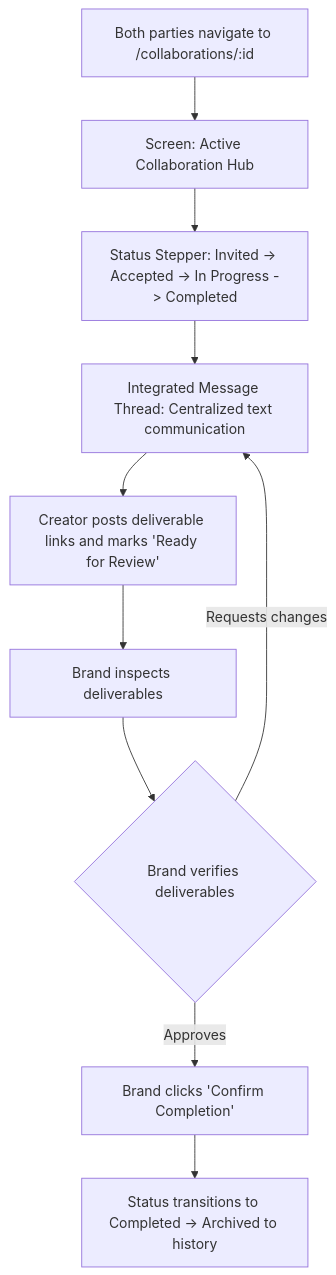
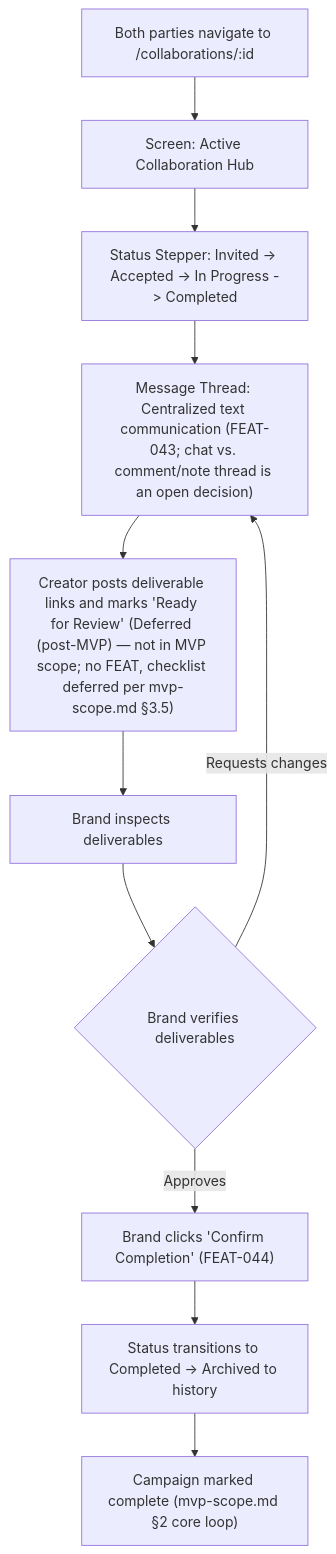
Before and after one commit to DEV-Nik06/collabtrust: the fourth of 4 diagrams in docs/05-design/ux-flows.md, drawn with Mermaid. The commit also changed other lines of this file and 48 other files, not shown here.

````diff
--- a/docs/05-design/ux-flows.md
+++ b/docs/05-design/ux-flows.md
@@ -107,12 +110,13 @@
 ```mermaid
 flowchart TD
     A["Both parties navigate to /collaborations/:id"] --> B["Screen: Active Collaboration Hub"]
     B --> C["Status Stepper: Invited -> Accepted -> In Progress -> Completed"]
-    C --> D["Integrated Message Thread: Centralized text communication"]
-    D --> E["Creator posts deliverable links and marks 'Ready for Review'"]
+    C --> D["Message Thread: Centralized text communication (FEAT-043; chat vs. comment/note thread is an open decision)"]
+    D --> E["Creator posts deliverable links and marks 'Ready for Review' (Deferred (post-MVP) — not in MVP scope; no FEAT, checklist deferred per mvp-scope.md §3.5)"]
     E --> F["Brand inspects deliverables"]
     F --> G{"Brand verifies deliverables"}
     G -->|Requests changes| D
-    G -->|Approves| H["Brand clicks 'Confirm Completion'"]
+    G -->|Approves| H["Brand clicks 'Confirm Completion' (FEAT-044)"]
     H --> I["Status transitions to Completed -> Archived to history"]
+    I --> J["Campaign marked complete (mvp-scope.md §2 core loop)"]
 ```
````
